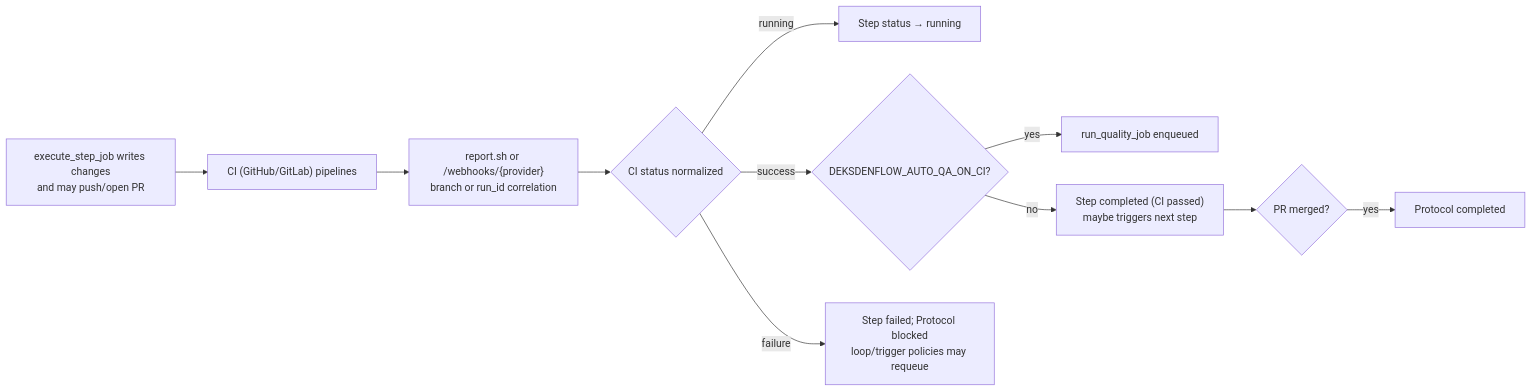
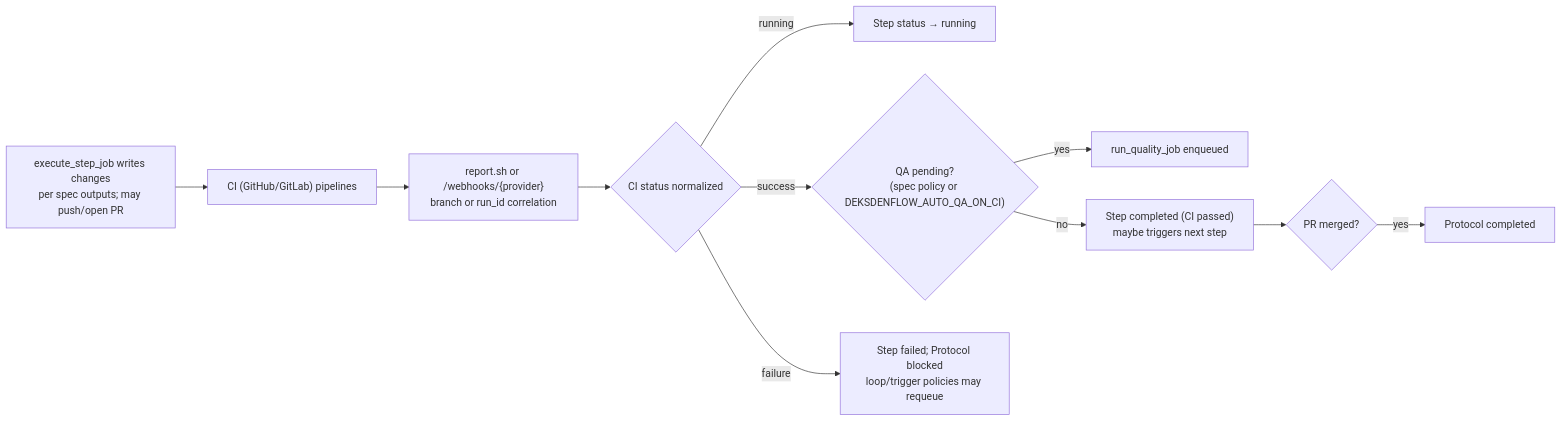
One commit to ilyafedotov-ops/dev-pipeline changed the fourth of 4 diagrams in README.md. Above: the diagram before and after it, drawn with Mermaid. The commit also changed other lines of this file and 3 other files, not shown here.

Commit message:
docs: align diagrams with unified agent workflow

````diff
--- a/README.md
+++ b/README.md
@@ -206,13 +206,13 @@
 ```mermaid
 flowchart LR
-  A["execute_step_job writes changes\nand may push/open PR"] --> B["CI (GitHub/GitLab) pipelines"]
+  A["execute_step_job writes changes\nper spec outputs; may push/open PR"] --> B["CI (GitHub/GitLab) pipelines"]
   B --> C["report.sh or /webhooks/{provider}\nbranch or run_id correlation"]
   C --> D{"CI status normalized"}
   D -->|running| E["Step status → running"]
-  D -->|success| F{"DEKSDENFLOW_AUTO_QA_ON_CI?"}
+  D -->|success| F{"QA pending?\n(spec policy or DEKSDENFLOW_AUTO_QA_ON_CI)"}
   F -->|yes| G["run_quality_job enqueued"]
   F -->|no| H["Step completed (CI passed)\nmaybe triggers next step"]
   D -->|failure| I["Step failed; Protocol blocked\nloop/trigger policies may requeue"]
   H --> J{"PR merged?"}
   J -->|yes| K["Protocol completed"]
 ```
````
